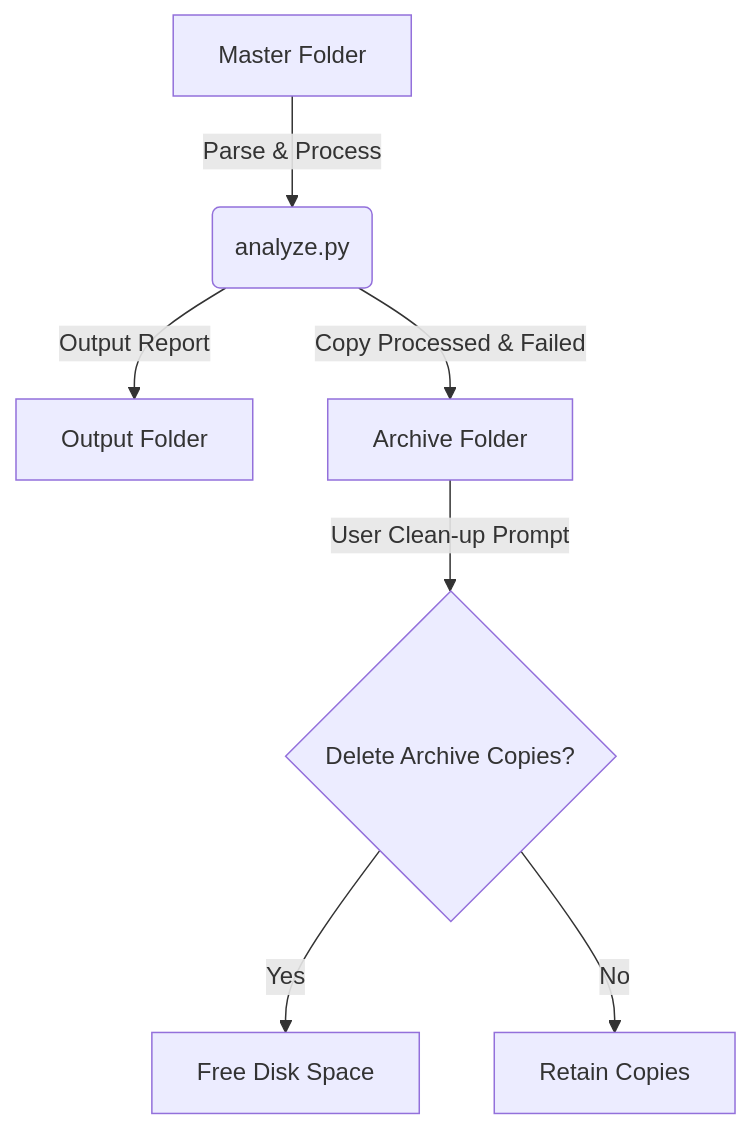
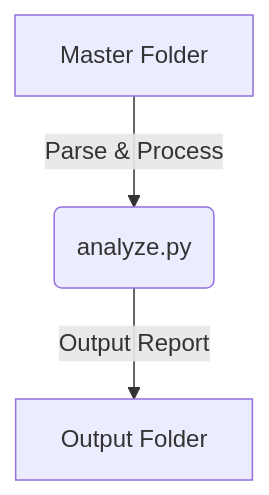
Before and after one commit to Mieszc/brxpl-protocol-pdf-analyzer: the diagram in TECHNICAL_DOCUMENTATION.md, drawn with Mermaid. The commit also changed other lines of this file and 4 other files, not shown here.

First line of the commit message:
Refactor: remove Archive Folder functionality and update documentation to 2-folder contract

````diff
--- a/TECHNICAL_DOCUMENTATION.md
+++ b/TECHNICAL_DOCUMENTATION.md
@@ -17,9 +16,5 @@
 ```mermaid
 graph TD
     A[Master Folder] -- Parse & Process --> C(analyze.py)
     C -- Output Report --> D[Output Folder]
-    C -- Copy Processed & Failed --> E[Archive Folder]
-    E -- User Clean-up Prompt --> F{Delete Archive Copies?}
-    F -- Yes --> G[Free Disk Space]
-    F -- No --> H[Retain Copies]
 ```
````
